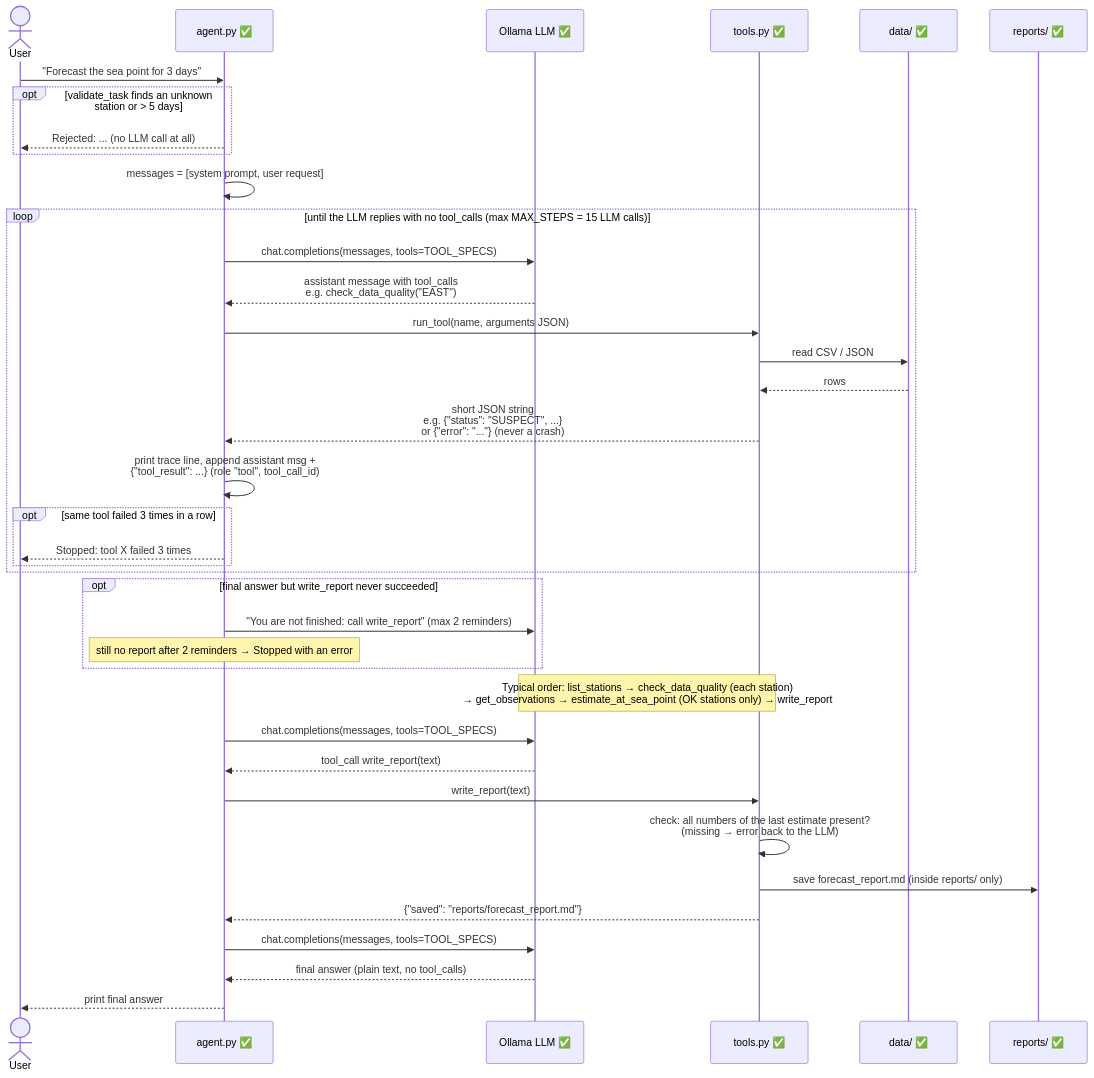
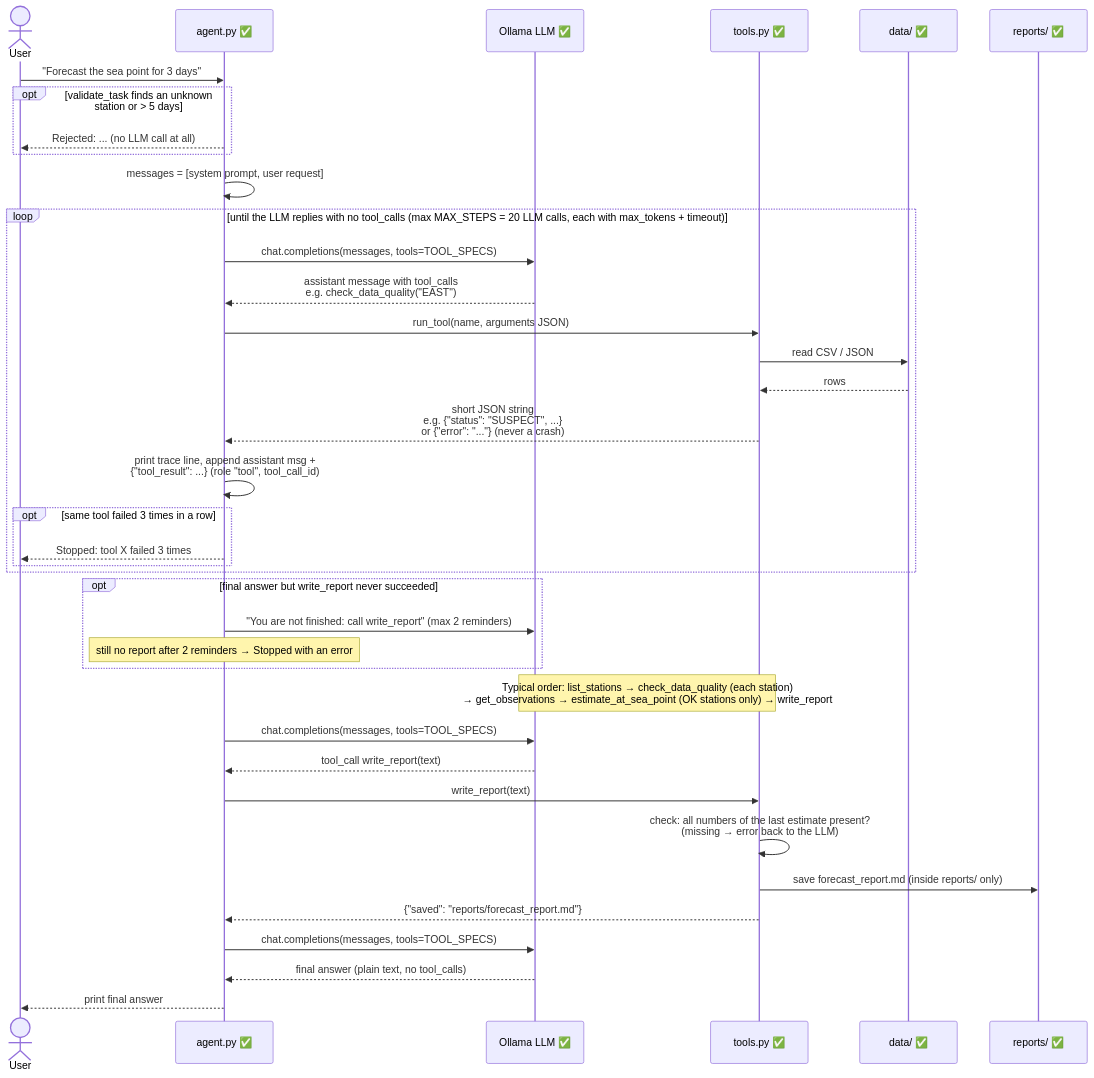
One commit to nil9/weather-agent changed the second of 2 diagrams in docs/architecture.md. Above: the diagram before and after it, drawn with Mermaid. The commit also changed other lines of this file and 6 other files, not shown here.

Commit message:
Limits: MAX_STEPS 20, max_tokens, timeout, clean LLM errors

````diff
--- a/docs/architecture.md
+++ b/docs/architecture.md
@@ -64,45 +68,45 @@
 ```mermaid
 sequenceDiagram
     actor U as User
     participant A as agent.py ✅
     participant L as Ollama LLM ✅
     participant T as tools.py ✅
     participant D as data/ ✅
     participant R as reports/ ✅
 
     U->>A: "Forecast the sea point for 3 days"
     opt validate_task finds an unknown station or > 5 days
         A-->>U: Rejected: ... (no LLM call at all)
     end
     A->>A: messages = [system prompt, user request]
 
-    loop until the LLM replies with no tool_calls (max MAX_STEPS = 15 LLM calls)
+    loop until the LLM replies with no tool_calls (max MAX_STEPS = 20 LLM calls, each with max_tokens + timeout)
         A->>L: chat.completions(messages, tools=TOOL_SPECS)
         L-->>A: assistant message with tool_calls<br/>e.g. check_data_quality("EAST")
         A->>T: run_tool(name, arguments JSON)
         T->>D: read CSV / JSON
         D-->>T: rows
         T-->>A: short JSON string<br/>e.g. {"status": "SUSPECT", ...}<br/>or {"error": "..."} (never a crash)
         A->>A: print trace line, append assistant msg +<br/>{"tool_result": ...} (role "tool", tool_call_id)
         opt same tool failed 3 times in a row
             A-->>U: Stopped: tool X failed 3 times
         end
     end
 
     opt final answer but write_report never succeeded
         A->>L: "You are not finished: call write_report" (max 2 reminders)
         Note over A: still no report after 2 reminders → Stopped with an error
     end
 
     Note over L,T: Typical order: list_stations → check_data_quality (each station)<br/>→ get_observations → estimate_at_sea_point (OK stations only) → write_report
 
     A->>L: chat.completions(messages, tools=TOOL_SPECS)
     L-->>A: tool_call write_report(text)
     A->>T: write_report(text)
     T->>T: check: all numbers of the last estimate present?<br/>(missing → error back to the LLM)
     T->>R: save forecast_report.md (inside reports/ only)
     T-->>A: {"saved": "reports/forecast_report.md"}
     A->>L: chat.completions(messages, tools=TOOL_SPECS)
     L-->>A: final answer (plain text, no tool_calls)
     A-->>U: print final answer
 ```
````
